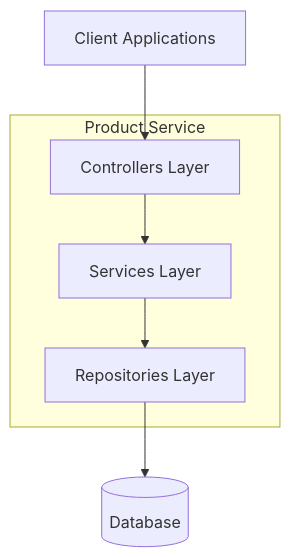
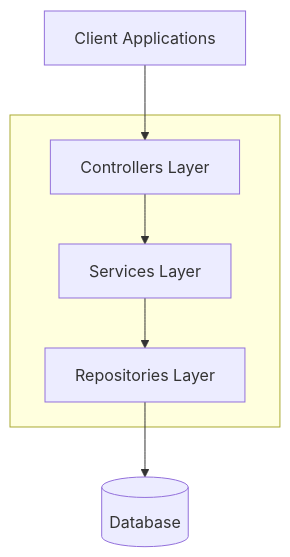
Before and after one commit to mattsimoessilva/shopbridge_product: the diagram in README.md, drawn with Mermaid.

````diff
--- a/README.md
+++ b/README.md
@@ -58,21 +58,21 @@
 ```mermaid
 flowchart TD
     %% Client side
     A[Client Applications]
 
     %% Server side grouping
-    subgraph Server [Product Service]
+    subgraph  
         B[Controllers Layer]
         C[Services Layer]
         D[Repositories Layer]
     end
 
     %% Database
     E[(Database)]
 
     %% Connections
     A --> B
     B --> C
     C --> D
     D --> E
 ```
````
